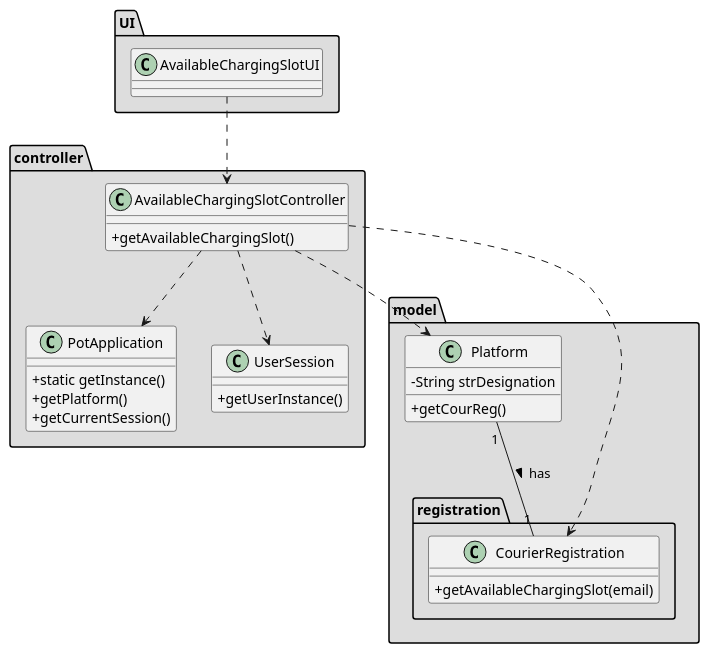
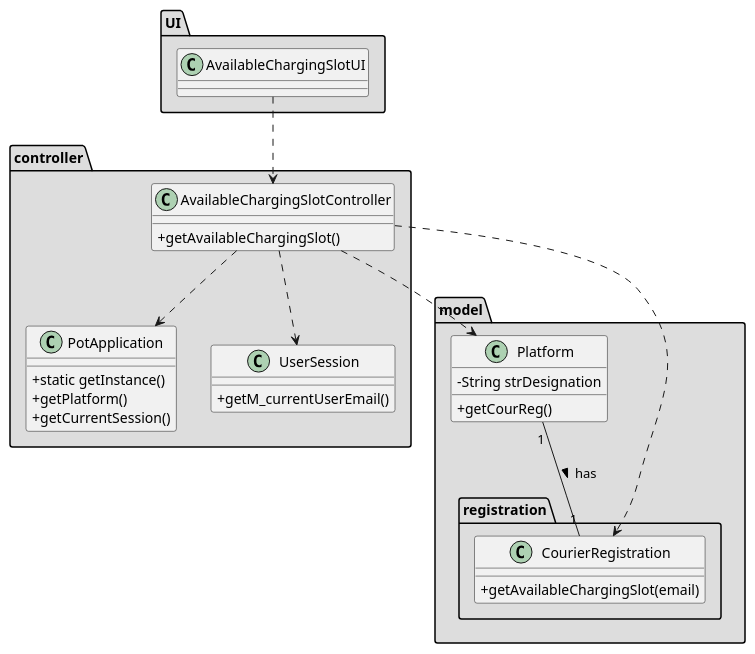
Before and after one commit to tiagoavcosta25/LAPR3: the diagram in docs/Iteration 1/Delivery Management/US77_AvailableChargingSlot/US77_CD.puml, drawn with PlantUML. The commit also changed 10 other files, not shown here.

```diff
--- a/docs/Iteration 1/Delivery Management/US77_AvailableChargingSlot/US77_CD.puml
+++ b/docs/Iteration 1/Delivery Management/US77_AvailableChargingSlot/US77_CD.puml
@@ -1,54 +1,54 @@
 @startuml
 skinparam classAttributeIconSize 0
 
 
 package "UI" #DDDDDD{
 class AvailableChargingSlotUI {
     
 }
 }
 package "controller" #DDDDDD{
 class AvailableChargingSlotController {
     
   +getAvailableChargingSlot()
 }
 class PotApplication
 {
   +static getInstance()
   +getPlatform()
   +getCurrentSession()
 }
 
 class UserSession
 {
-  +getUserInstance()
+  +getM_currentUserEmail()
 }
 }
 package "model" #DDDDDD{
 class Platform {
   -String strDesignation
   +getCourReg()
 }
 
 package "registration" #DDDDDD{
 class CourierRegistration {
 
   +getAvailableChargingSlot(email)
 
 }
 }
 }
 
 
 Platform "1" -- "1" CourierRegistration: has >
 
 
 AvailableChargingSlotUI ..> AvailableChargingSlotController
 
 AvailableChargingSlotController ..> Platform
 AvailableChargingSlotController ..> CourierRegistration
 AvailableChargingSlotController ..> PotApplication
 AvailableChargingSlotController ..> UserSession
 
 
 @enduml
```
